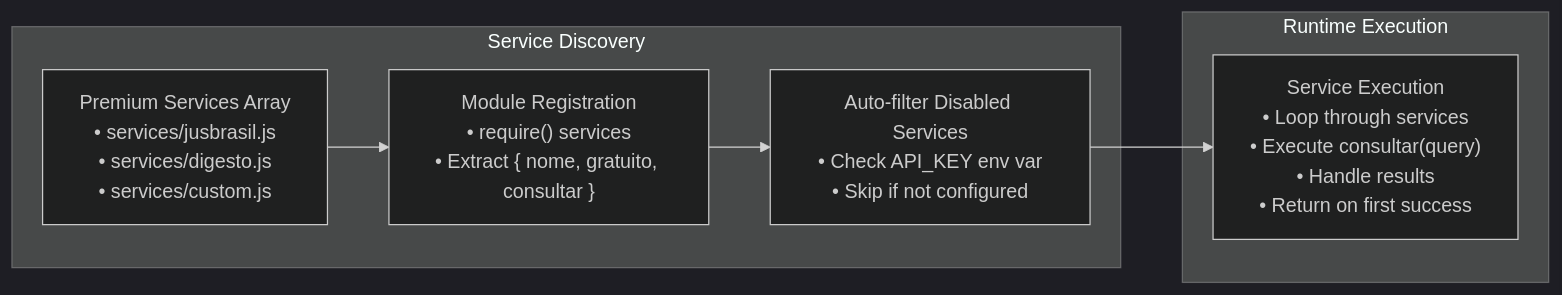
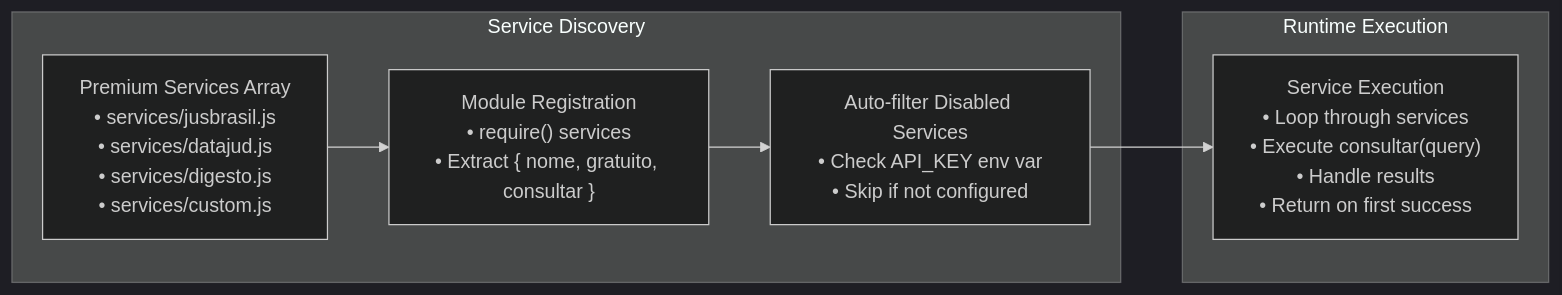
One commit to Alexandrexicara/bot-processos changed the ninth of 20 diagrams in .qoder/repowiki/en/content/API Integration Layer/Premium Paid Service Integration.md. Above: the diagram before and after it, drawn with Mermaid (dark theme). The commit also changed other lines of this file and 10 other files, not shown here.

````diff
--- a/.qoder/repowiki/en/content/API Integration Layer/Premium Paid Service Integration.md
+++ b/.qoder/repowiki/en/content/API Integration Layer/Premium Paid Service Integration.md
@@ -424,12 +438,12 @@
 ```mermaid
 flowchart LR
 subgraph "Service Discovery"
-Services["Premium Services Array<br/>• services/jusbrasil.js<br/>• services/digesto.js<br/>• services/custom.js"]
+Services["Premium Services Array<br/>• services/jusbrasil.js<br/>• services/datajud.js<br/>• services/digesto.js<br/>• services/custom.js"]
 Register["Module Registration<br/>• require() services<br/>• Extract { nome, gratuito, consultar }"]
 Filter["Auto-filter Disabled Services<br/>• Check API_KEY env var<br/>• Skip if not configured"]
 end
 subgraph "Runtime Execution"
 Execute["Service Execution<br/>• Loop through services<br/>• Execute consultar(query)<br/>• Handle results<br/>• Return on first success"]
 end
 Services --> Register --> Filter --> Execute
 ```
````
